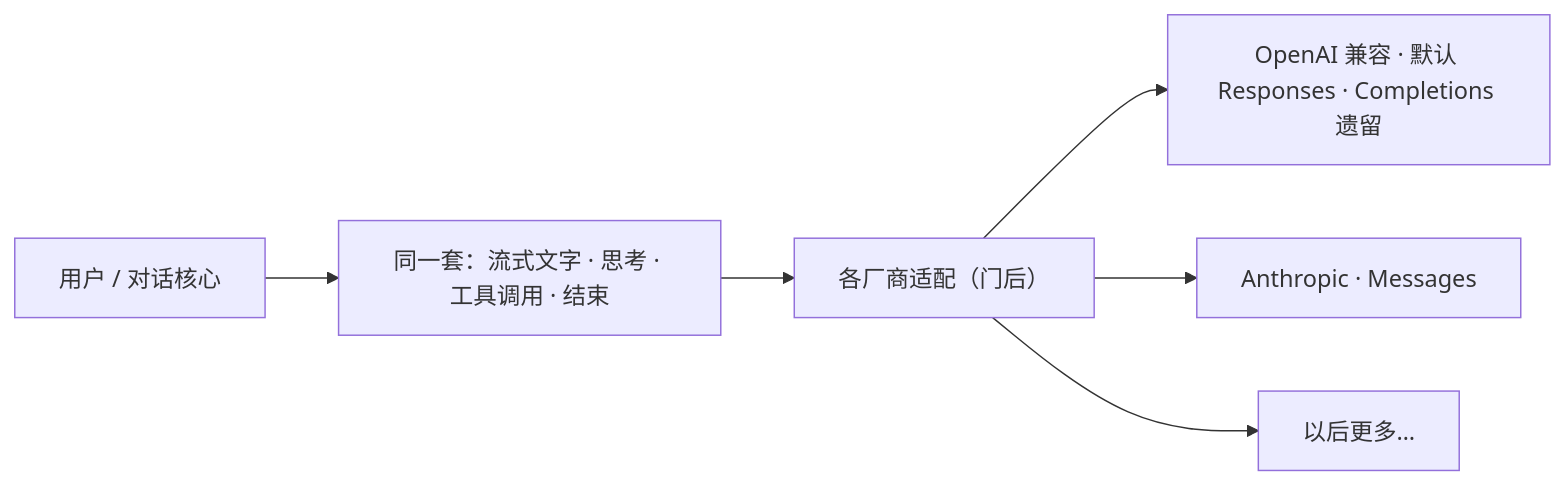
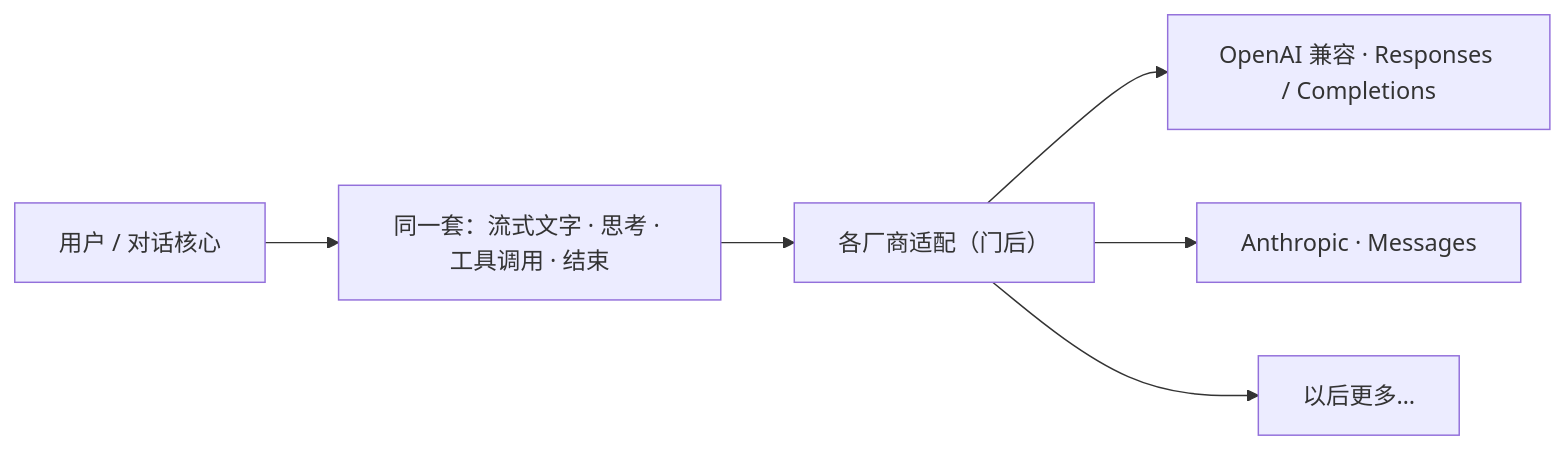
Before and after one commit to StrayDragon/xylitol: the diagram in docs/architecture/多厂商模型.md, drawn with Mermaid. The commit also changed other lines of this file and 86 other files, not shown here.

````diff
--- a/docs/architecture/多厂商模型.md
+++ b/docs/architecture/多厂商模型.md
@@ -13,8 +14,8 @@
 ```mermaid
 flowchart LR
   User["用户 / 对话核心"] --> Same["同一套：流式文字 · 思考 · 工具调用 · 结束"]
   Same --> Adapters["各厂商适配（门后）"]
-  Adapters --> A["OpenAI 兼容 · 默认 Responses · Completions 遗留"]
+  Adapters --> A["OpenAI 兼容 · Responses / Completions"]
   Adapters --> B["Anthropic · Messages"]
   Adapters --> C["以后更多…"]
 ```
````
